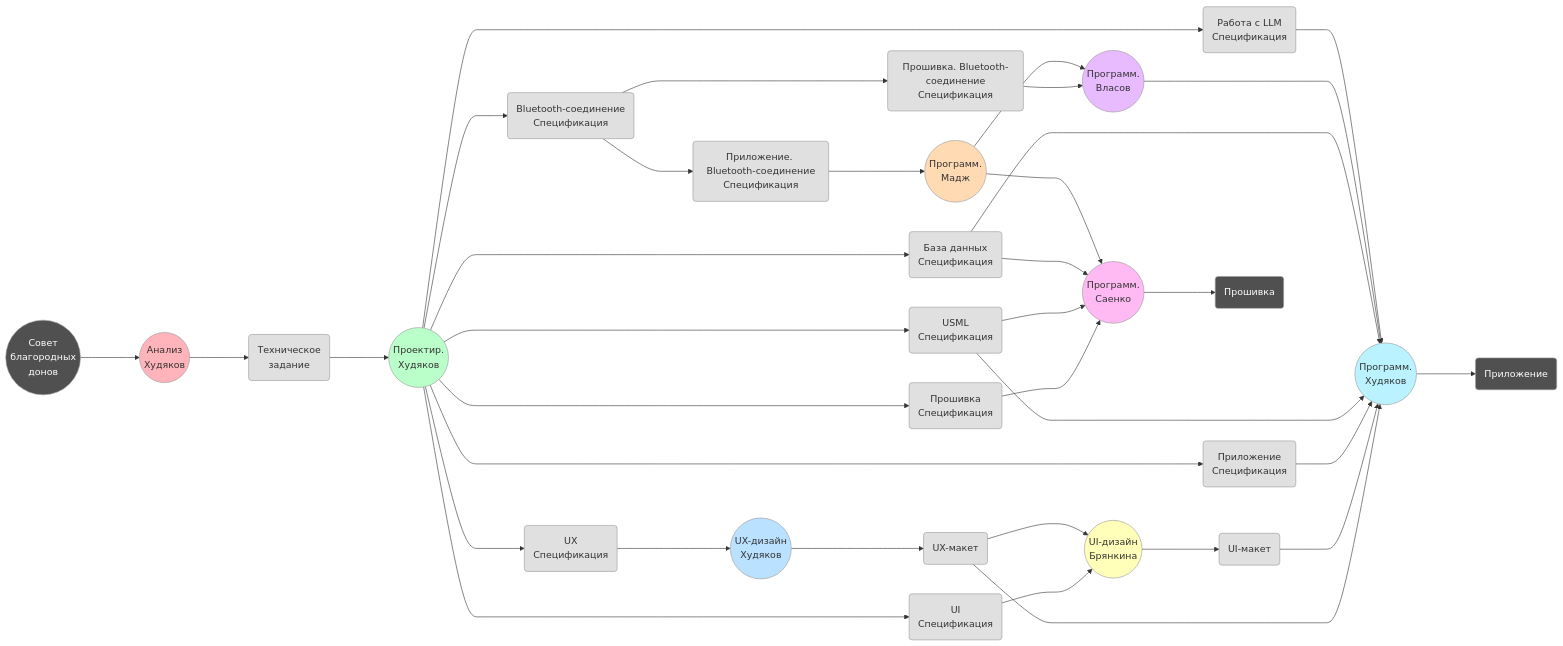
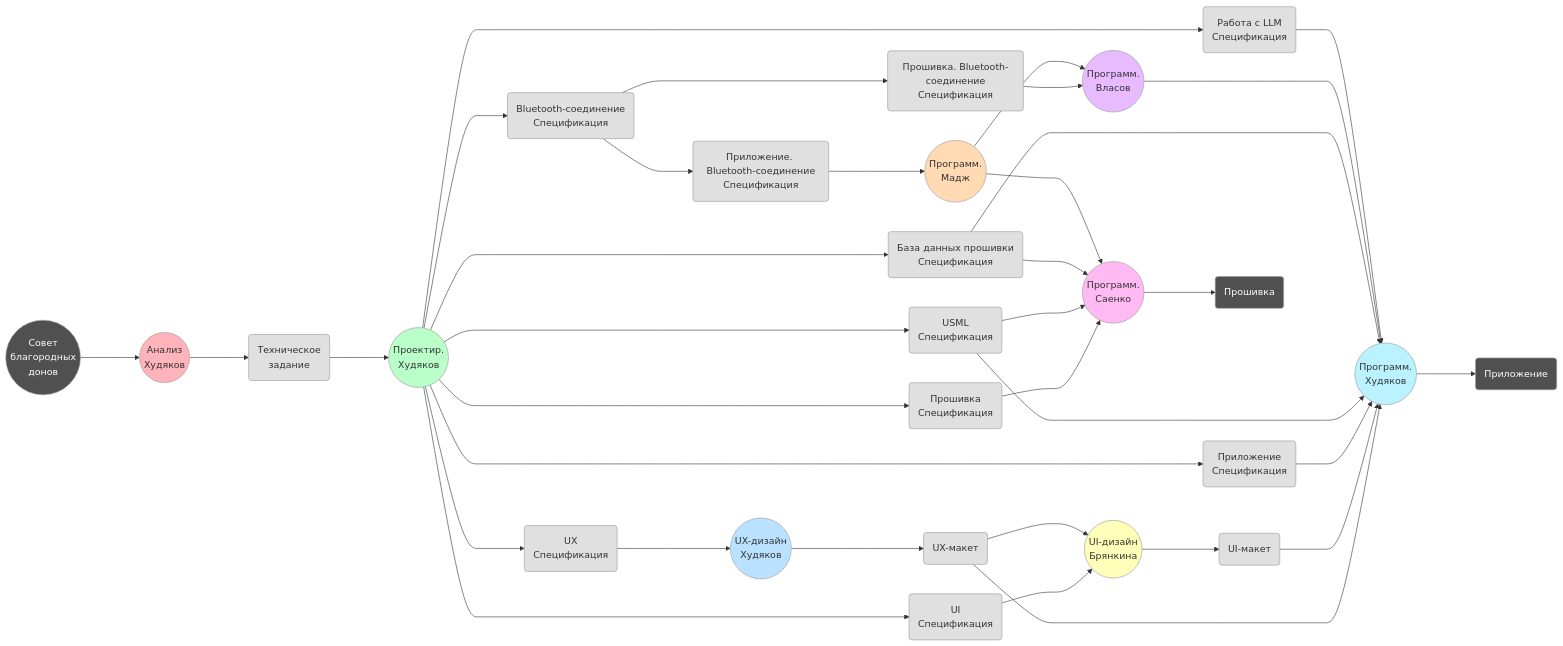
One commit to KhudyakovAlex/Synapse changed the diagram in Project/process.md. Above: the diagram before and after it, drawn with Mermaid. The commit also changed 6 other files, not shown here.

```diff
--- a/Project/process.md
+++ b/Project/process.md
@@ -28,7 +28,7 @@
     DSUX(UX<br>Спецификация)
     DSUI(UI<br>Спецификация)
     DSAPP(Приложение<br>Спецификация)
-    DSDB(База данных<br>Спецификация)
+    DSDB(База данных прошивки<br>Спецификация)
     DSP(USML<br>Спецификация)
     DSB(Bluetooth-соединение<br>Спецификация)
     DSLLM(Работа с LLM<br>Спецификация)
```
